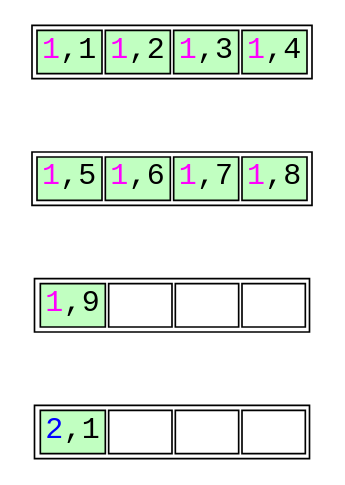
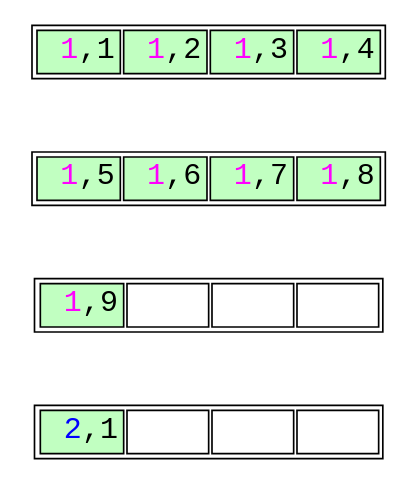
The diagram in optimized-leaf-page-split-2.dot (petergeoghegan/pg_query_internals), drawn with Graphviz before and after one commit. The commit also changed 2 other files, not shown here.

```diff
--- a/optimized-leaf-page-split-2.dot
+++ b/optimized-leaf-page-split-2.dot
@@ -1,64 +1,64 @@
 // Example B-Tree graph
 //
 // Breadth-first order
 //
 // Start from root, go left to right
 //
 // Workflow:
 //
 // $ dot -T svg btree.dot -o btree.svg;
 
 digraph nbtree {
 graph [fontname = "monospace"];
 node [shape = none,height=.1,fontname = "monospace",fontsize=18];
 // Level 0 (leaf level)
 leafnode_2[ label=<<table>
                     <tr>
-                        <td bgcolor='darkseagreen1' port="t2"><font color="magenta">1</font>,1</td>
-                        <td bgcolor='darkseagreen1' port="t3"><font color="magenta">1</font>,2</td>
-                        <td bgcolor='darkseagreen1' port="t4"><font color="magenta">1</font>,3</td>
-                        <td bgcolor='darkseagreen1' port="t4"><font color="magenta">1</font>,4</td>
+                        <td bgcolor='darkseagreen1' port="t2"> <font color="magenta">1</font>,1</td>
+                        <td bgcolor='darkseagreen1' port="t3"> <font color="magenta">1</font>,2</td>
+                        <td bgcolor='darkseagreen1' port="t4"> <font color="magenta">1</font>,3</td>
+                        <td bgcolor='darkseagreen1' port="t4"> <font color="magenta">1</font>,4</td>
                     </tr>
                 </table>
                >
         ];
 edge[style=invis];
 "leafnode_2" -> "leafnode_3"
 leafnode_3[ label=<<table>
                     <tr>
-                        <td bgcolor='darkseagreen1' port="t4"><font color="magenta">1</font>,5</td>
-                        <td bgcolor='darkseagreen1' port="t4"><font color="magenta">1</font>,6</td>
-                        <td bgcolor='darkseagreen1' port="t4"><font color="magenta">1</font>,7</td>
-                        <td bgcolor='darkseagreen1' port="t4"><font color="magenta">1</font>,8</td>
+                        <td bgcolor='darkseagreen1' port="t4"> <font color="magenta">1</font>,5</td>
+                        <td bgcolor='darkseagreen1' port="t4"> <font color="magenta">1</font>,6</td>
+                        <td bgcolor='darkseagreen1' port="t4"> <font color="magenta">1</font>,7</td>
+                        <td bgcolor='darkseagreen1' port="t4"> <font color="magenta">1</font>,8</td>
                     </tr>
                 </table>
                >
         ];
 edge[style=invis];
 "leafnode_3" -> "leafnode_4"
 leafnode_4[ label=<<table>
                     <tr>
-                        <td bgcolor='darkseagreen1' port="t4"><font color="magenta">1</font>,9</td>
-                        <td bgcolor='white' port="t3">   </td>
-                        <td bgcolor='white' port="t3">   </td>
-                        <td bgcolor='white' port="t3">   </td>
+                        <td bgcolor='darkseagreen1' port="t4"> <font color="magenta">1</font>,9</td>
+                        <td bgcolor='white' port="t3">    </td>
+                        <td bgcolor='white' port="t3">    </td>
+                        <td bgcolor='white' port="t3">    </td>
                     </tr>
                 </table>
                >
         ];
 edge[style=invis];
 "leafnode_4" -> "leafnode_5"
 leafnode_5[ label=<<table>
                     <tr>
-                        <td bgcolor='darkseagreen1' port="t4"><font color="blue">2</font>,1</td>
-                        <td bgcolor='white' port="t3">   </td>
-                        <td bgcolor='white' port="t3">   </td>
-                        <td bgcolor='white' port="t3">   </td>
+                        <td bgcolor='darkseagreen1' port="t4"> <font color="blue">2</font>,1</td>
+                        <td bgcolor='white' port="t3">    </td>
+                        <td bgcolor='white' port="t3">    </td>
+                        <td bgcolor='white' port="t3">    </td>
                     </tr>
                 </table>
                >
         ];
 //Force alignment from root to internal to leaf levels:
 //edge[style=invis];
 //"rootnode":d1 -> "leafnode_2":t2
 }
```
